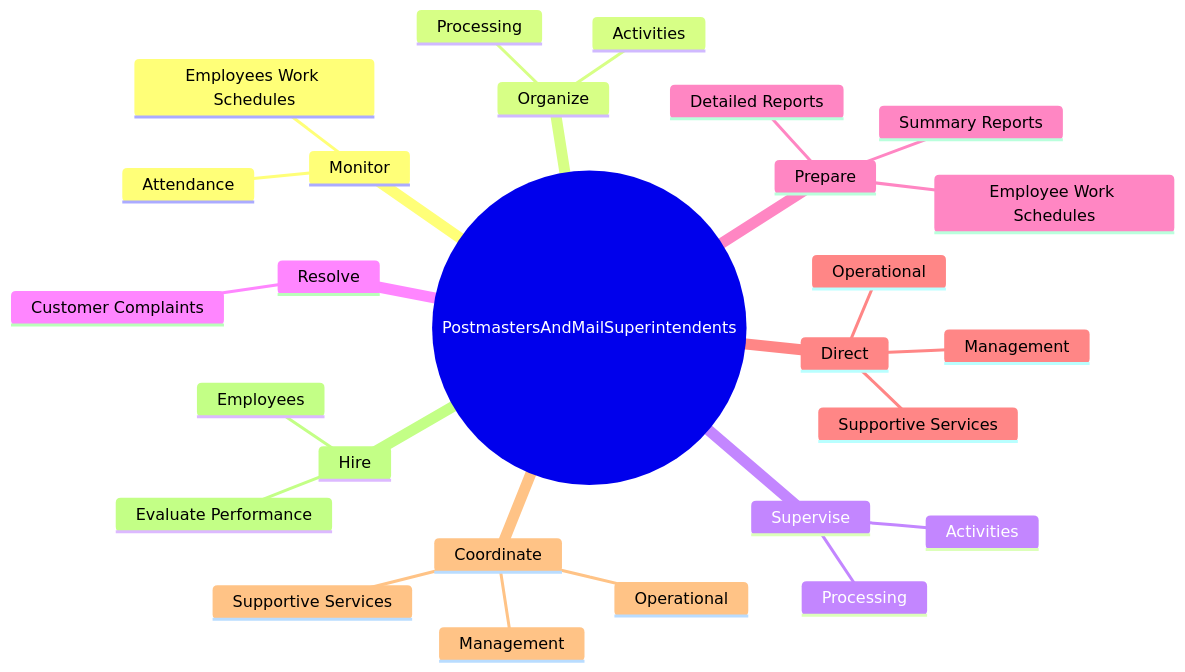
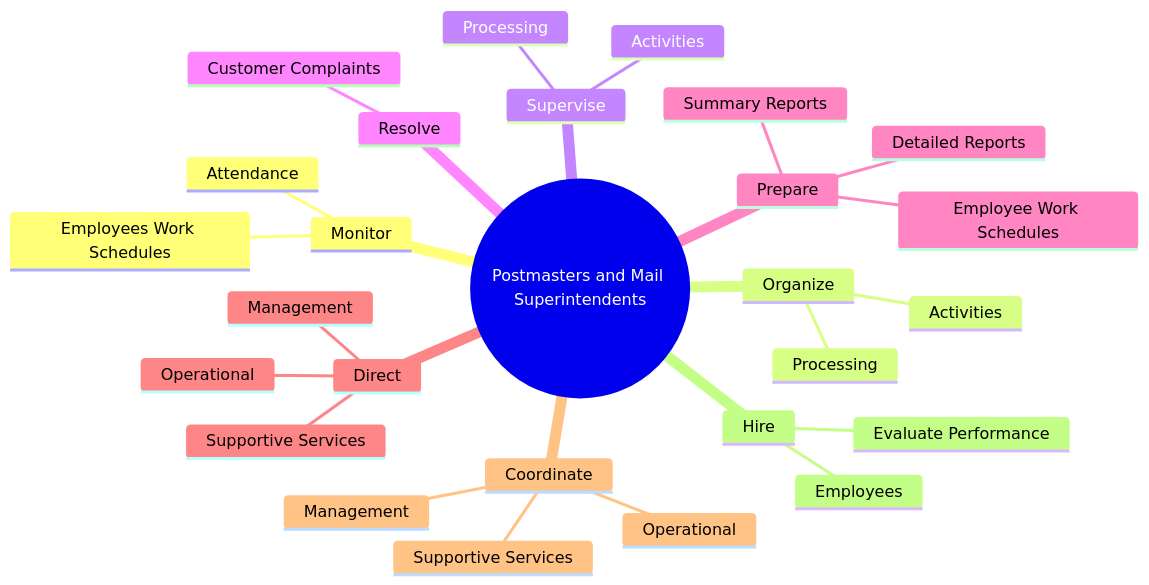
Before and after one commit to kziemski/business.org.ai: the second of 4 diagrams in occupations/Management/PostmastersAndMailSuperintendents.mdx, drawn with Mermaid. The commit also changed other lines of this file and 938 other files, not shown here.

````diff
--- a/occupations/Management/PostmastersAndMailSuperintendents.mdx
+++ b/occupations/Management/PostmastersAndMailSuperintendents.mdx
@@ -37,30 +45,30 @@
 ```mermaid
 mindmap
-    root(("PostmastersAndMailSuperintendents"))
+    root(("Postmasters and Mail Superintendents"))
         Monitor
             Employees Work Schedules
             Attendance
         Organize
             Activities
             Processing
         Supervise
             Activities
             Processing
         Resolve
             Customer Complaints
         Prepare
             Employee Work Schedules
             Detailed Reports
             Summary Reports
         Direct
             Operational
             Management
             Supportive Services
         Coordinate
             Operational
             Management
             Supportive Services
         Hire
             Employees
             Evaluate Performance
 ```
````
